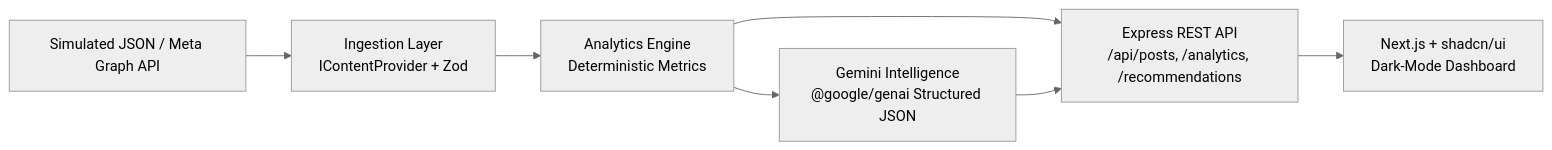
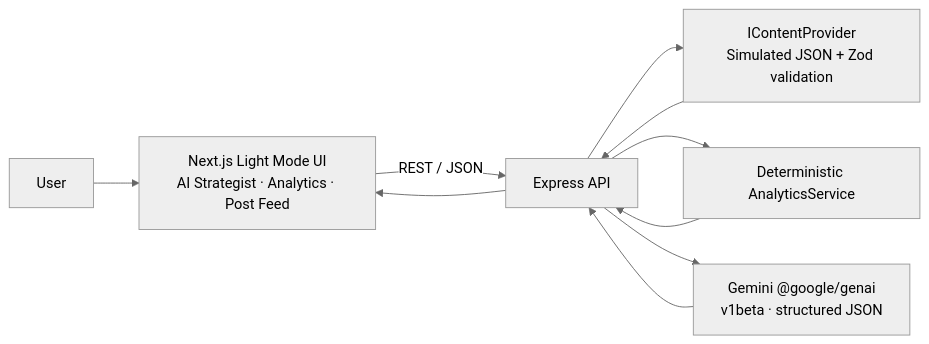
The diagram in README.md (reubenamuzu/icis-content-intelligence), drawn with Mermaid (neutral theme) before and after one commit. The commit also changed other lines of this file and 3 other files, not shown here.

````diff
--- a/README.md
+++ b/README.md
@@ -20,9 +29,12 @@
 ```mermaid
 flowchart LR
-    A[Simulated JSON / Meta Graph API] --> B[Ingestion Layer\nIContentProvider + Zod]
-    B --> C[Analytics Engine\nDeterministic Metrics]
-    C --> D[Gemini Intelligence\n@google/genai Structured JSON]
-    C --> E[Express REST API\n/api/posts, /analytics, /recommendations]
-    D --> E
-    E --> F[Next.js + shadcn/ui\nDark-Mode Dashboard]
+    U[User] --> F[Next.js Light Mode UI<br/>AI Strategist · Analytics · Post Feed]
+    F -->|REST / JSON| R[Express API]
+    R --> I[IContentProvider<br/>Simulated JSON + Zod validation]
+    I --> R
+    R --> A[Deterministic AnalyticsService]
+    A --> R
+    R --> G[Gemini @google/genai<br/>v1beta · structured JSON]
+    G --> R
+    R --> F
 ```
````
